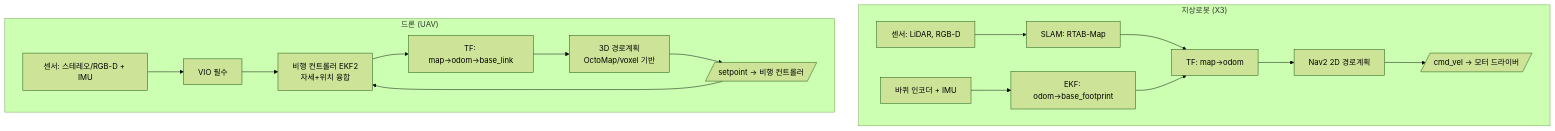
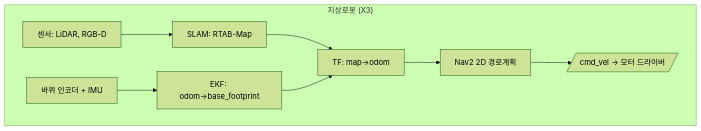
The first of 2 diagrams in 7_드론 적용 Part E/E0_지상로봇과_드론은_무엇이_다른가.md (codebaragi23/ROS2-doc), drawn with Mermaid (forest theme) before and after one commit.

Commit message:
fix: E0 지상로봇/드론 다이어그램을 좌우에서 상하 배치로 변경
두 subgraph(GND, AIR)가 서로 연결이 없어 flowchart TB로 지정해도 dagre
레이아웃이 좌우로 배치했다. 확대/축소가 안 되는 뷰어에서는 가로 폭이
넘쳐 오른쪽 그림이 잘렸다. 두 subgraph를 별도 mermaid 블록으로 분리해
위/아래로 쌓이게 하고, 본문의 '왼쪽/오른쪽' 설명도 '위/아래'로 맞췄다.

````diff
--- a/7_드론 적용 Part E/E0_지상로봇과_드론은_무엇이_다른가.md
+++ b/7_드론 적용 Part E/E0_지상로봇과_드론은_무엇이_다른가.md
@@ -62,21 +62,11 @@
 ```mermaid
 flowchart TB
     subgraph GND["지상로봇 (X3)"]
         GS[센서: LiDAR, RGB-D] --> GSLAM[SLAM: RTAB-Map]
         GW[바퀴 인코더 + IMU] --> GEKF[EKF: odom→base_footprint]
         GSLAM --> GTF[TF: map→odom]
         GEKF --> GTF
         GTF --> GNAV[Nav2 2D 경로계획]
         GNAV --> GMOT[/cmd_vel → 모터 드라이버/]
     end
-    subgraph AIR["드론 (UAV)"]
-        AS[센서: 스테레오/RGB-D + IMU] --> AVIO[VIO 필수]
-        AVIO --> AFC[비행 컨트롤러 EKF2
-자세+위치 융합]
-        AFC --> ATF[TF: map→odom→base_link]
-        ATF --> ANAV[3D 경로계획
-OctoMap/voxel 기반]
-        ANAV --> ASP[/setpoint → 비행 컨트롤러/]
-        ASP --> AFC
-    end
 ```
````
